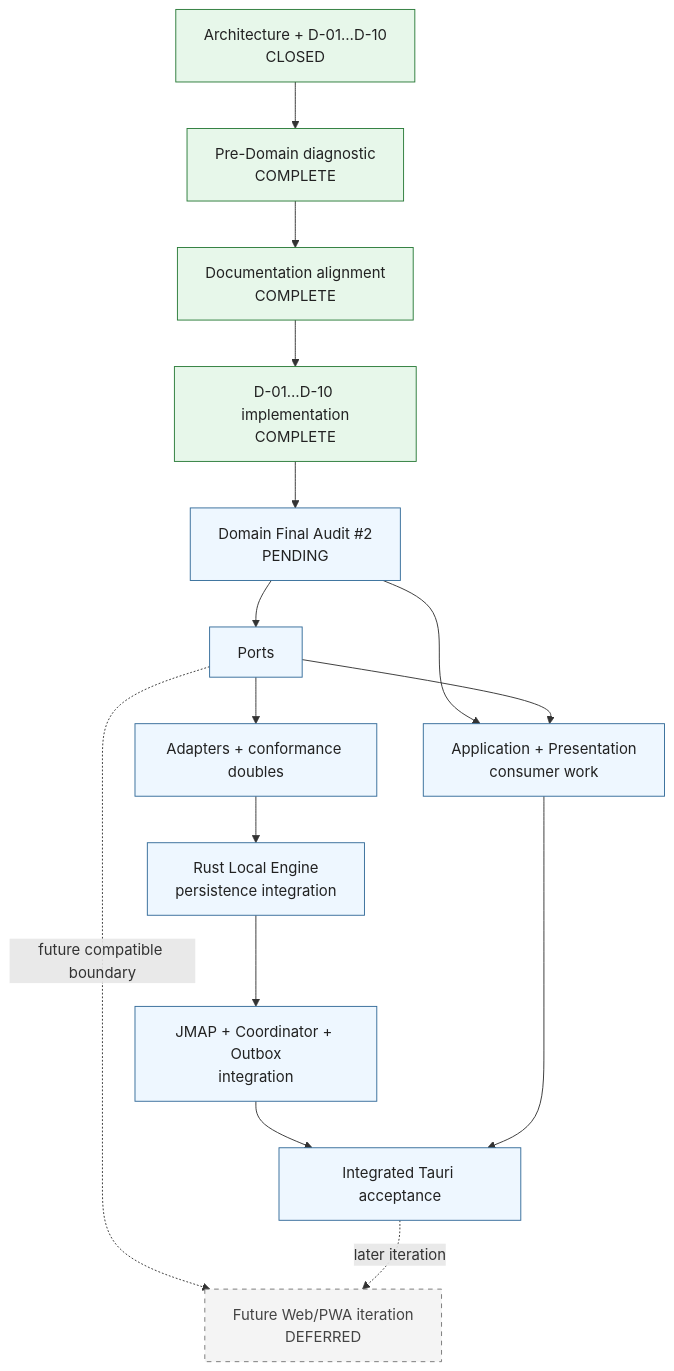
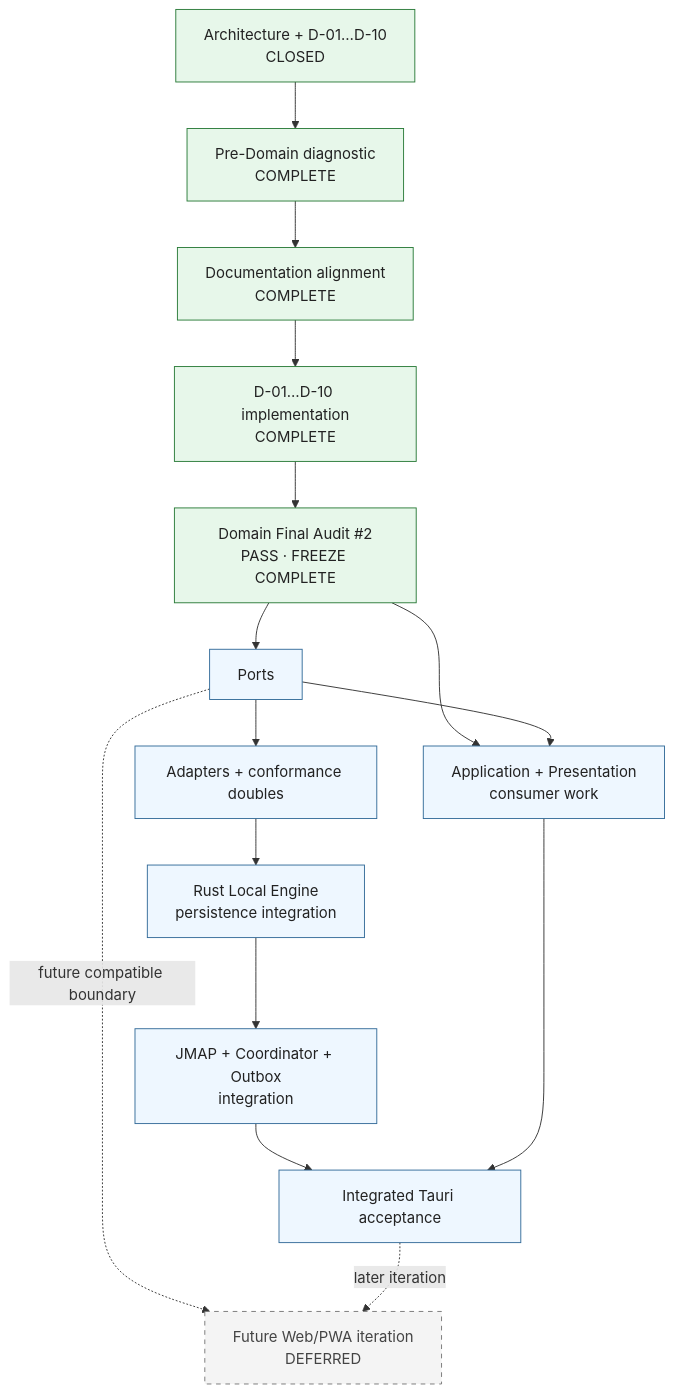
The diagram in docs/planning/roadmap.md (sebastiandperez/Correo-Boxplot), drawn with Mermaid before and after one commit. The commit also changed other lines of this file and 4 other files, not shown here.

````diff
--- a/docs/planning/roadmap.md
+++ b/docs/planning/roadmap.md
@@ -52,29 +52,29 @@
 ```mermaid
 flowchart TD
     Decisions["Architecture + D-01…D-10<br/>CLOSED"]
     Diagnostic["Pre-Domain diagnostic<br/>COMPLETE"]
     Docs["Documentation alignment<br/>COMPLETE"]
     Domain["D-01…D-10 implementation<br/>COMPLETE"]
-    DomainGate["Domain Final Audit #2<br/>PENDING"]
+    DomainGate["Domain Final Audit #2<br/>PASS · FREEZE COMPLETE"]
     Ports["Ports"]
     Adapters["Adapters + conformance doubles"]
     Engine["Rust Local Engine<br/>persistence integration"]
     Remote["JMAP + Coordinator + Outbox<br/>integration"]
     App["Application + Presentation<br/>consumer work"]
     Acceptance["Integrated Tauri acceptance"]
     FutureWeb["Future Web/PWA iteration<br/>DEFERRED"]
 
     Decisions --> Diagnostic --> Docs --> Domain --> DomainGate --> Ports --> Adapters --> Engine --> Remote --> Acceptance
     DomainGate --> App
     Ports --> App
     App --> Acceptance
     Ports -.->|"future compatible boundary"| FutureWeb
     Acceptance -.->|"later iteration"| FutureWeb
 
     classDef closed fill:#e7f7ea,stroke:#297a38,color:#222;
     classDef active fill:#eef7ff,stroke:#336b99,color:#222;
     classDef deferred fill:#f4f4f4,stroke:#777,stroke-dasharray:5 5,color:#444;
-    class Decisions,Diagnostic,Docs,Domain closed;
-    class DomainGate,Ports,Adapters,Engine,Remote,App,Acceptance active;
+    class Decisions,Diagnostic,Docs,Domain,DomainGate closed;
+    class Ports,Adapters,Engine,Remote,App,Acceptance active;
     class FutureWeb deferred;
 ```
````
